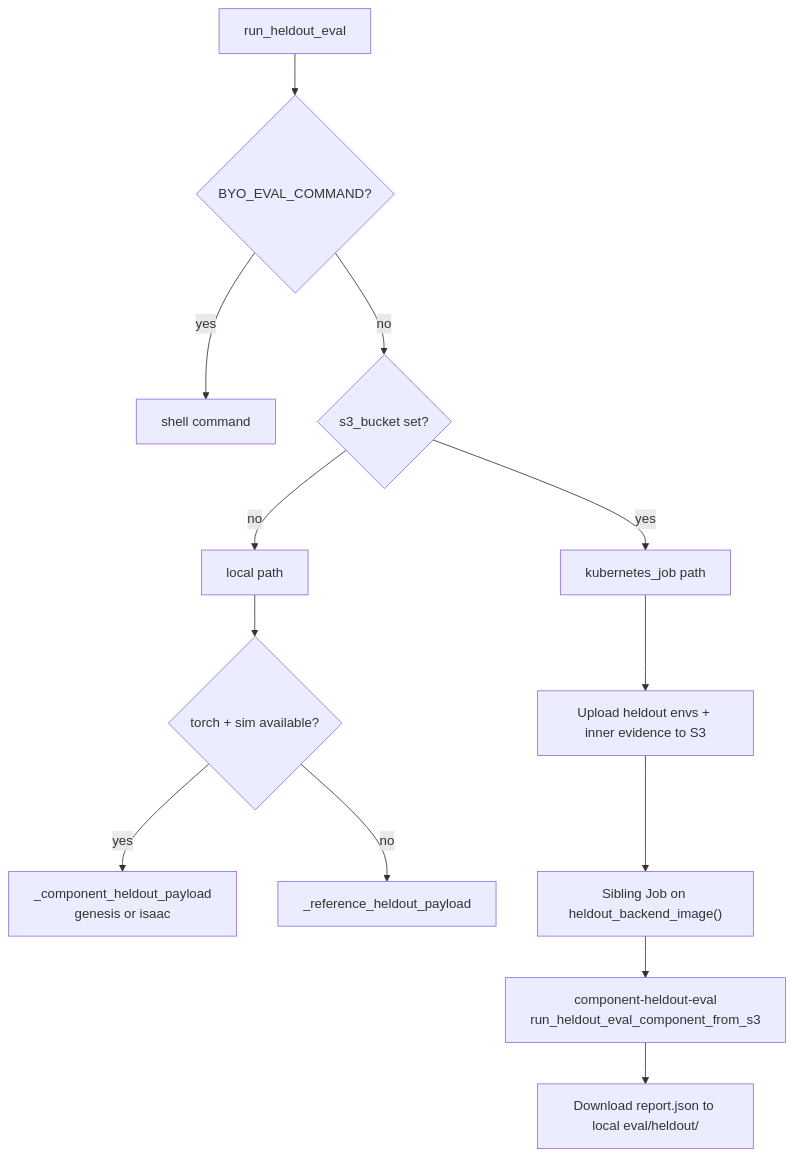
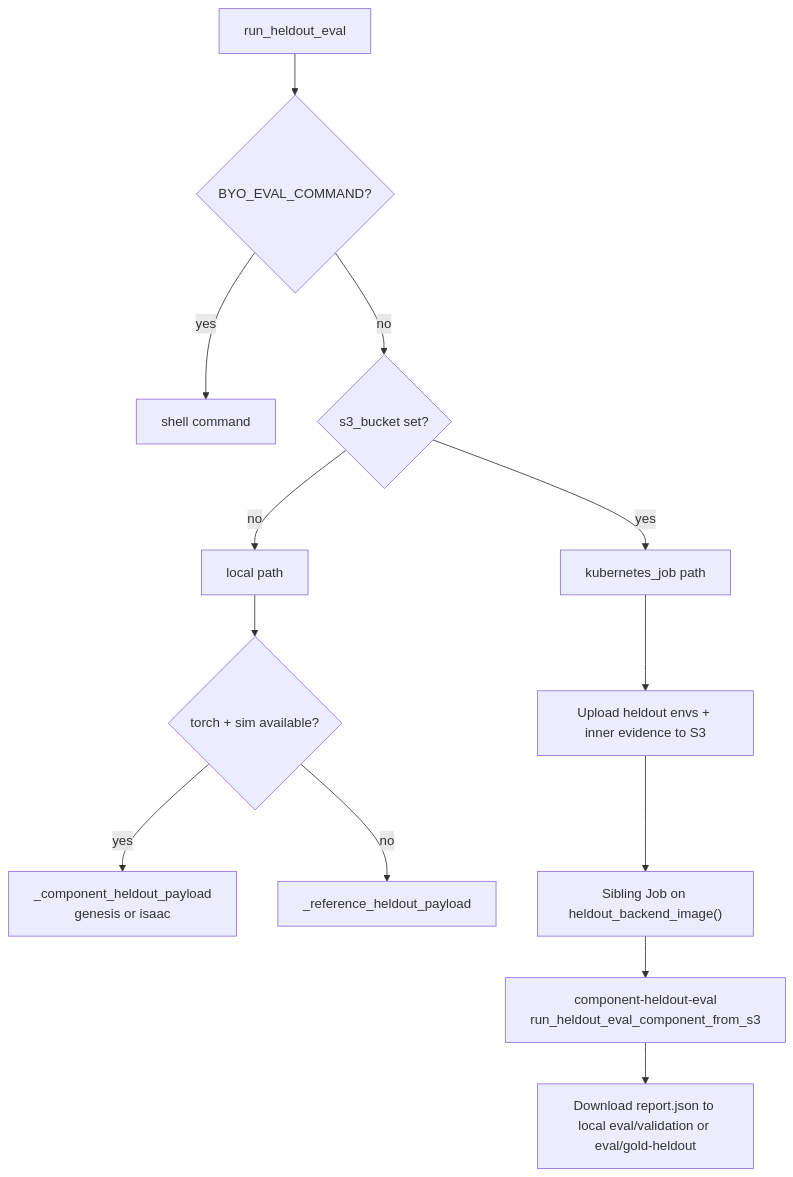
The fifth of 6 diagrams in docs/workbench/guides/sim2real-architecture.md (nebius/nebius-physical-ai), drawn with Mermaid before and after one commit. The commit also changed other lines of this file and 51 other files, not shown here.

````diff
--- a/docs/workbench/guides/sim2real-architecture.md
+++ b/docs/workbench/guides/sim2real-architecture.md
@@ -182,17 +186,17 @@
 ```mermaid
 flowchart TD
   HE["run_heldout_eval"] --> BYO{"BYO_EVAL_COMMAND?"}
   BYO -->|yes| CMD["shell command"]
   BYO -->|no| S3{"s3_bucket set?"}
   S3 -->|no| LOCAL["local path"]
   S3 -->|yes| K8S["kubernetes_job path"]
 
   LOCAL --> SIM{"torch + sim available?"}
   SIM -->|yes| COMP["_component_heldout_payload<br/>genesis or isaac"]
   SIM -->|no| REF["_reference_heldout_payload"]
 
   K8S --> UP["Upload heldout envs + inner evidence to S3"]
   UP --> JOB["Sibling Job on heldout_backend_image()"]
   JOB --> SUB["component-heldout-eval<br/>run_heldout_eval_component_from_s3"]
-  SUB --> DL["Download report.json to local eval/heldout/"]
+  SUB --> DL["Download report.json to local eval/validation or eval/gold-heldout"]
 ```
````
